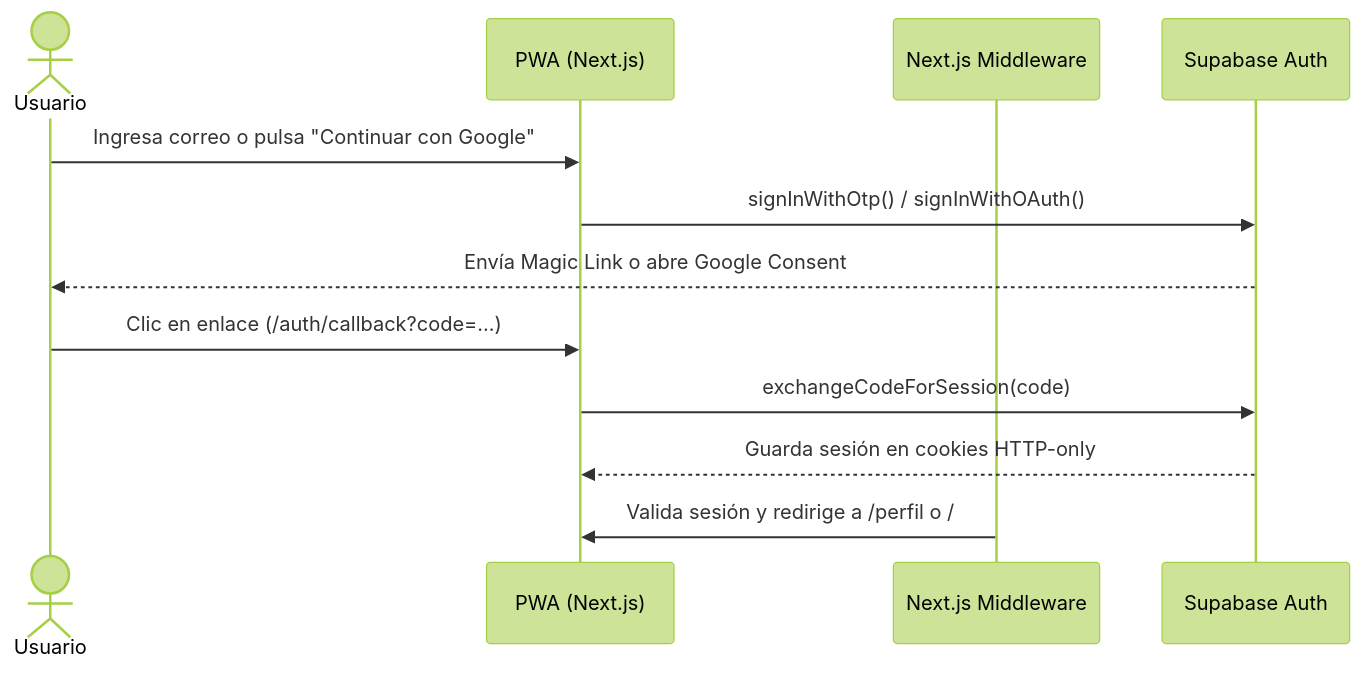
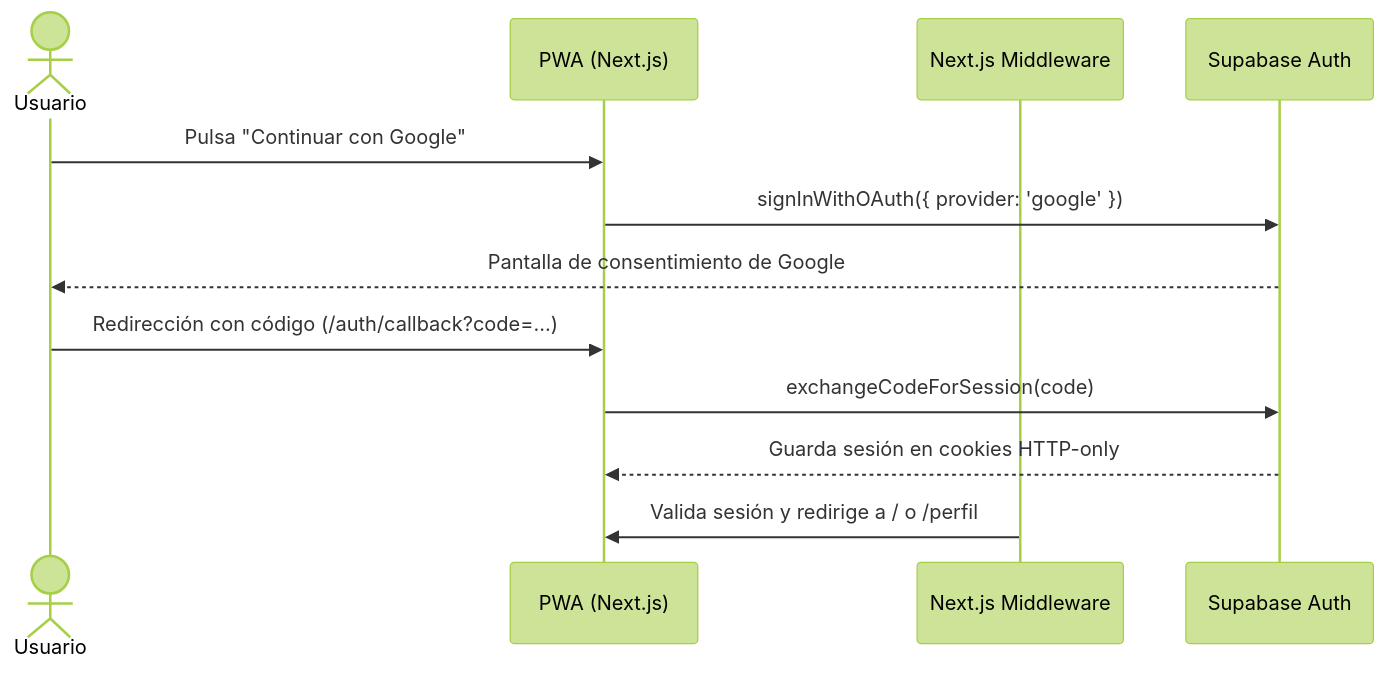
The diagram in docs/wiki/03_AUTENTICACION_Y_PERFILES.md (Aspirador4/NewCampApp), drawn with Mermaid (forest theme) before and after one commit. The commit also changed other lines of this file and 23 other files, not shown here.

````diff
--- a/docs/wiki/03_AUTENTICACION_Y_PERFILES.md
+++ b/docs/wiki/03_AUTENTICACION_Y_PERFILES.md
@@ -17,15 +16,15 @@
 ```mermaid
 sequenceDiagram
     actor Usuario
     participant App as PWA (Next.js)
     participant Middleware as Next.js Middleware
     participant Supabase as Supabase Auth
 
-    Usuario->>App: Ingresa correo o pulsa "Continuar con Google"
-    App->>Supabase: signInWithOtp() / signInWithOAuth()
-    Supabase-->>Usuario: Envía Magic Link o abre Google Consent
-    Usuario->>App: Clic en enlace (/auth/callback?code=...)
+    Usuario->>App: Pulsa "Continuar con Google"
+    App->>Supabase: signInWithOAuth({ provider: 'google' })
+    Supabase-->>Usuario: Pantalla de consentimiento de Google
+    Usuario->>App: Redirección con código (/auth/callback?code=...)
     App->>Supabase: exchangeCodeForSession(code)
     Supabase-->>App: Guarda sesión en cookies HTTP-only
-    Middleware->>App: Valida sesión y redirige a /perfil o /
+    Middleware->>App: Valida sesión y redirige a / o /perfil
 ```
````
